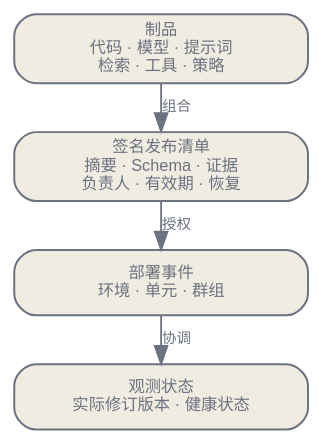
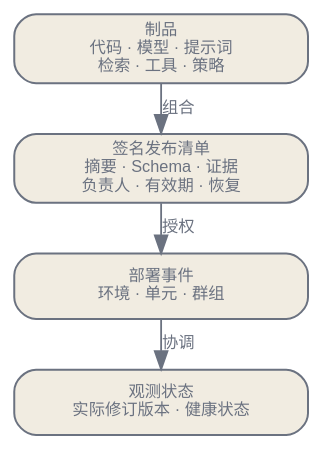
One commit to latere-ai/ai-as-an-infrastructure changed the first of 3 diagrams in zh/practice/09-deployment-lifecycle.qmd. Above: the diagram before and after it, drawn with Graphviz. The commit also changed other lines of this file and 2 other files, not shown here.

Commit message:
practice: rollout simulation with an always-valid non-inferiority gate per stage; deployment diagrams at 9 pt

````diff
--- a/zh/practice/09-deployment-lifecycle.qmd
+++ b/zh/practice/09-deployment-lifecycle.qmd
@@ -27,19 +27,19 @@
 ```{dot}
 //| label: fig-deploy-bundle
 //| fig-cap: "发布清单把不可变制品与有界的可变依赖组合起来。部署事件把它分配给环境，观测状态则证明实际提供服务的版本。"
 digraph {
   bgcolor="transparent";
   rankdir=TB;
   nodesep=0.18; ranksep=0.24;
   node [shape=box, style="rounded,filled", fontname="Helvetica", fontsize=9, color="#6b7280", fontcolor="#6b7280", fillcolor="#f1ece1", penwidth=1.1, width=2.25];
-  edge [fontsize=8, fontname="Helvetica", color="#6b7280", fontcolor="#6b7280"];
+  edge [fontsize=9, fontname="Helvetica", color="#6b7280", fontcolor="#6b7280"];
 
   A [label="制品\n代码 · 模型 · 提示词\n检索 · 工具 · 策略"];
   M [label="签名发布清单\n摘要 · Schema · 证据\n负责人 · 有效期 · 恢复"];
   D [label="部署事件\n环境 · 单元 · 群组"];
   O [label="观测状态\n实际修订版本 · 健康状态"];
   A -> M [label="组合"];
   M -> D [label="授权"];
   D -> O [label="协调"];
 }
 ```
````
